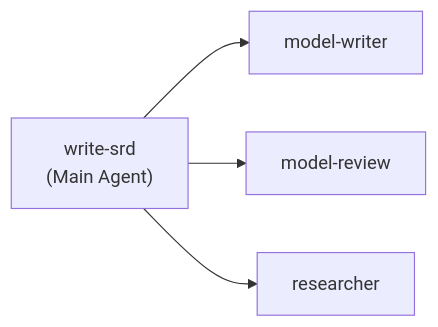
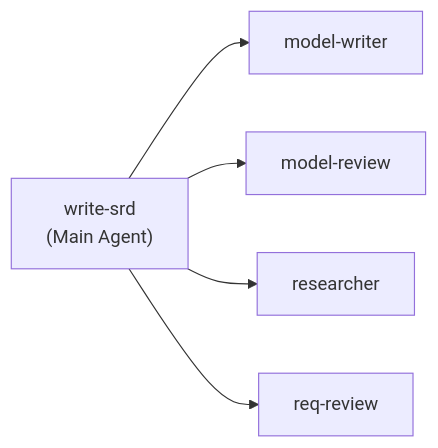
One commit to gabemahoney/SDLC changed the second of 7 diagrams in docs/who-runs-which-skill.md. Above: the diagram before and after it, drawn with Mermaid. The commit also changed other lines of this file and 7 other files, not shown here.

Commit message:
req-review becomes a Child Agent skill of write-prd and write-srd (b.v38)

````diff
--- a/docs/who-runs-which-skill.md
+++ b/docs/who-runs-which-skill.md
@@ -9,7 +17,8 @@
 ```mermaid
 flowchart LR
   M["write-srd<br/>(Main Agent)"]
   M --> C0["model-writer"]
   M --> C1["model-review"]
   M --> C2["researcher"]
+  M --> C3["req-review"]
 ```
````
